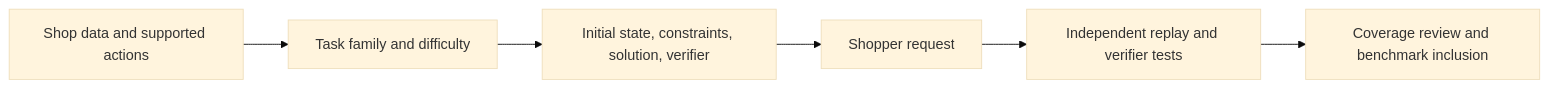
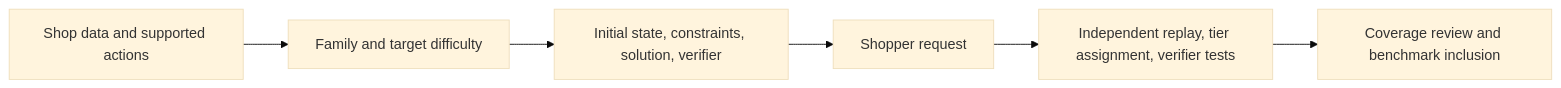
Before and after one commit to agentic-foundation-modeling-research/shop-gym: the diagram in docs/specs/shop_guru/task_generation_proposal.md, drawn with Mermaid (base theme). The commit also changed other lines of this file, not shown here.

Commit message:
docs: reuse published task difficulty definitions

````diff
--- a/docs/specs/shop_guru/task_generation_proposal.md
+++ b/docs/specs/shop_guru/task_generation_proposal.md
@@ -164,8 +185,8 @@
 ```mermaid
 flowchart LR
-    A[Shop data and supported actions] --> B[Task family and difficulty]
+    A[Shop data and supported actions] --> B[Family and target difficulty]
     B --> C[Initial state, constraints, solution, verifier]
     C --> D[Shopper request]
-    D --> E[Independent replay and verifier tests]
+    D --> E[Independent replay, tier assignment, verifier tests]
     E --> F[Coverage review and benchmark inclusion]
 ```
````
